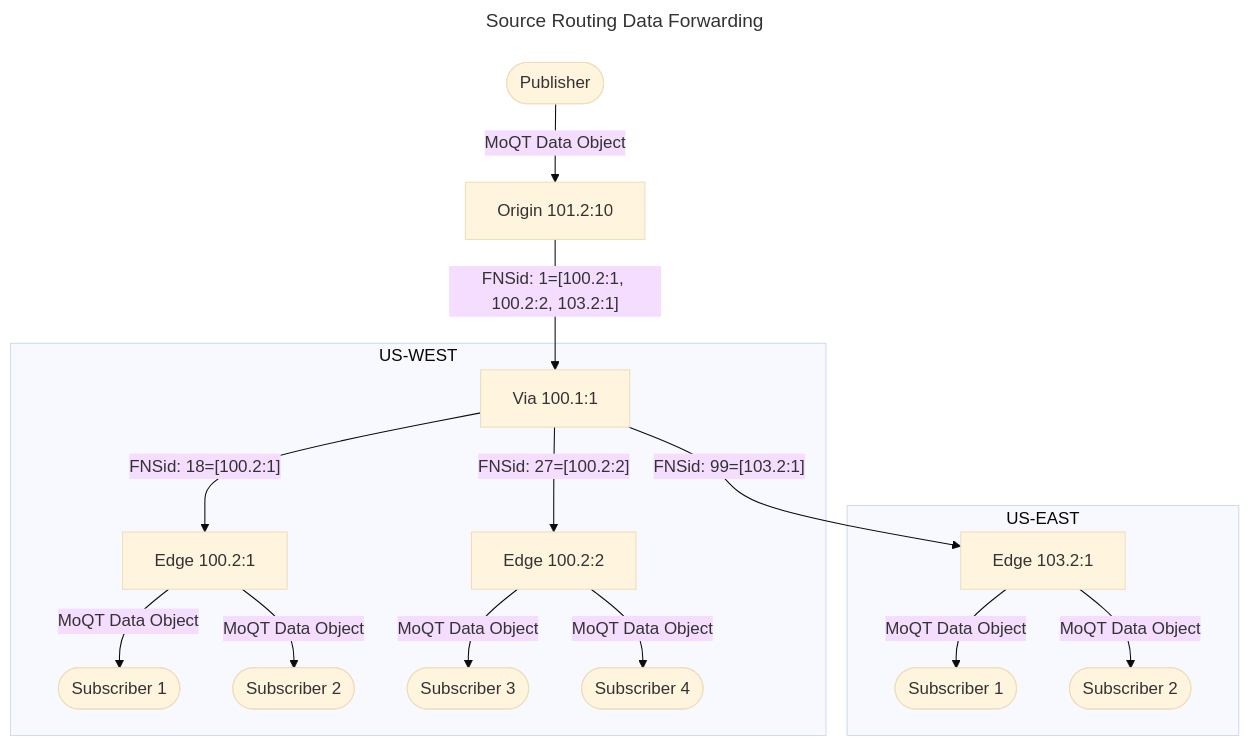
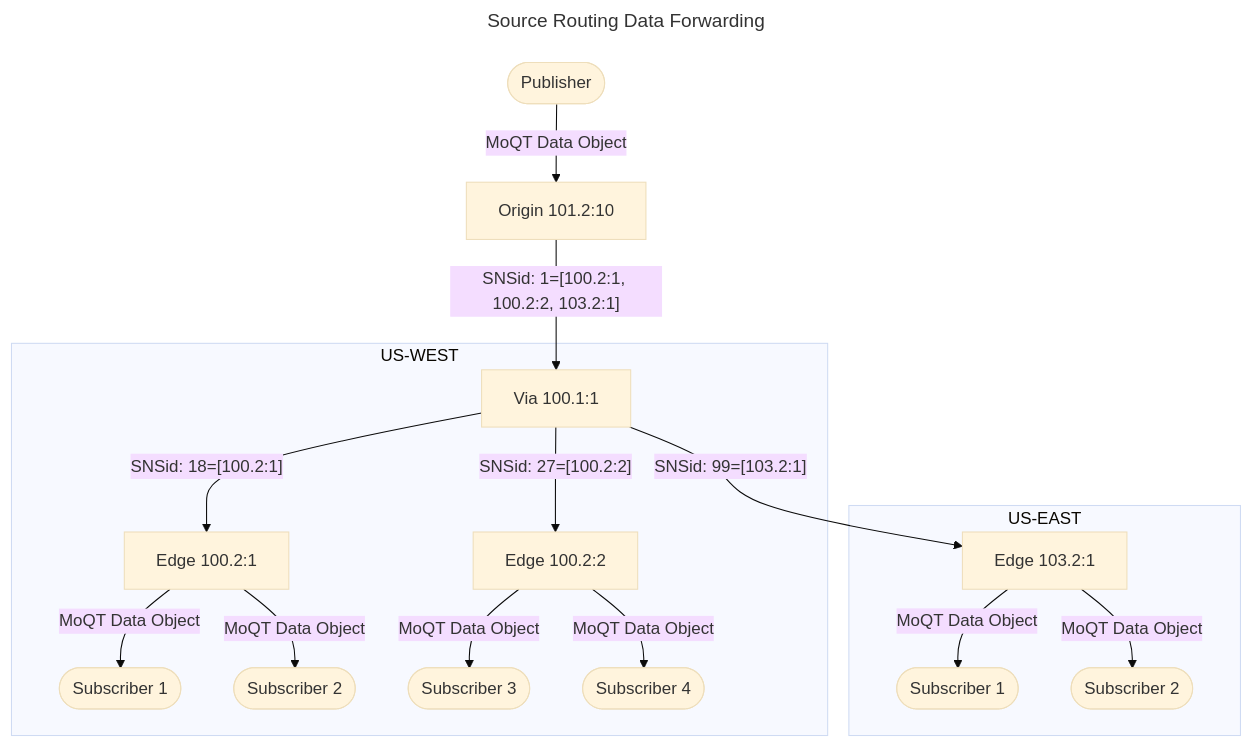
The ninth of 12 diagrams in docs/peering.md (Quicr/laps), drawn with Mermaid (base theme) before and after one commit. The commit also changed other lines of this file and 9 other files, not shown here.

````diff
--- a/docs/peering.md
+++ b/docs/peering.md
@@ -469,23 +469,23 @@
 ```mermaid
 ---
 title: Source Routing Data Forwarding
 ---
 flowchart TD
     P([Publisher]) -- MoQT Data Object --> OE[Origin 101.2:10]
-    OE -- " FNSid: 1=[100.2:1, 100.2:2, 103.2:1] " --> V1[Via 100.1:1]
+    OE -- " SNSid: 1=[100.2:1, 100.2:2, 103.2:1] " --> V1[Via 100.1:1]
 
     subgraph US-WEST
-        V1 -- " FNSid: 18=[100.2:1] " --> w1[Edge 100.2:1]
+        V1 -- " SNSid: 18=[100.2:1] " --> w1[Edge 100.2:1]
         w1 -- MoQT Data Object --> wS1([Subscriber 1])
         w1 -- MoQT Data Object --> wS2([Subscriber 2])
-        V1 -- " FNSid: 27=[100.2:2] " --> w2[Edge 100.2:2]
+        V1 -- " SNSid: 27=[100.2:2] " --> w2[Edge 100.2:2]
         w2 -- MoQT Data Object --> wS3([Subscriber 3])
         w2 -- MoQT Data Object --> wS4([Subscriber 4])
     end
     subgraph US-EAST
-        V1 -- " FNSid: 99=[103.2:1] " --> e1[Edge 103.2:1]
+        V1 -- " SNSid: 99=[103.2:1] " --> e1[Edge 103.2:1]
         e1 -- MoQT Data Object --> eS3([Subscriber 1])
         e1 -- MoQT Data Object --> eS4([Subscriber 2])
 
     end
 ```
````
